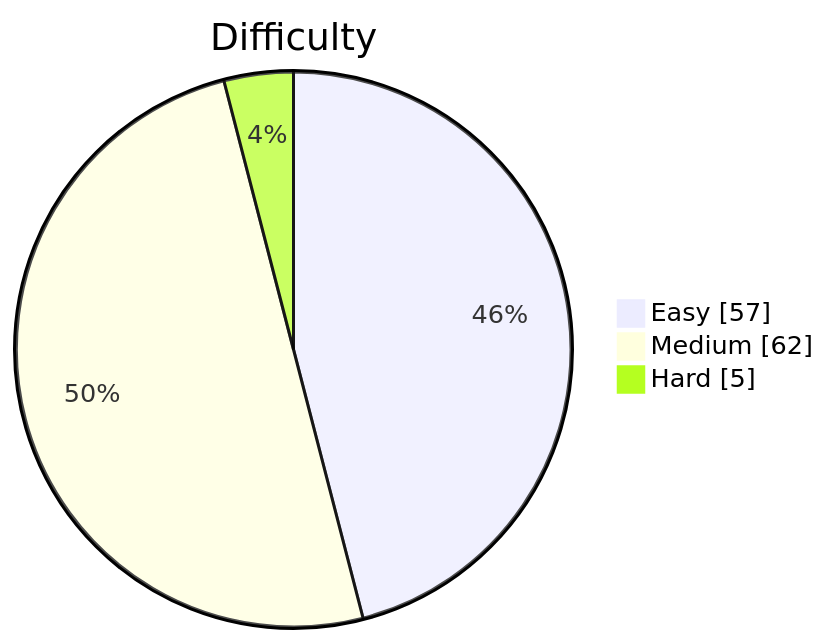
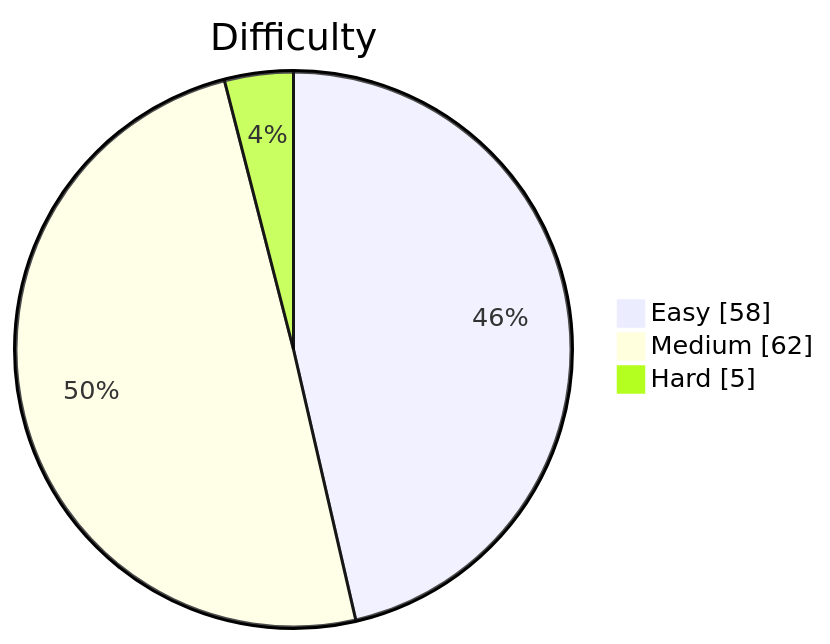
One commit to kevstevie/python-algo-practice changed the diagram in README.md. Above: the diagram before and after it, drawn with Mermaid. The commit also changed other lines of this file, not shown here.

````diff
--- a/README.md
+++ b/README.md
@@ -13,7 +13,7 @@
 ```mermaid
 pie showData
     title Difficulty
-    "Easy"   : 57
+    "Easy"   : 58
     "Medium" : 62
     "Hard"   : 5
 ```
````
